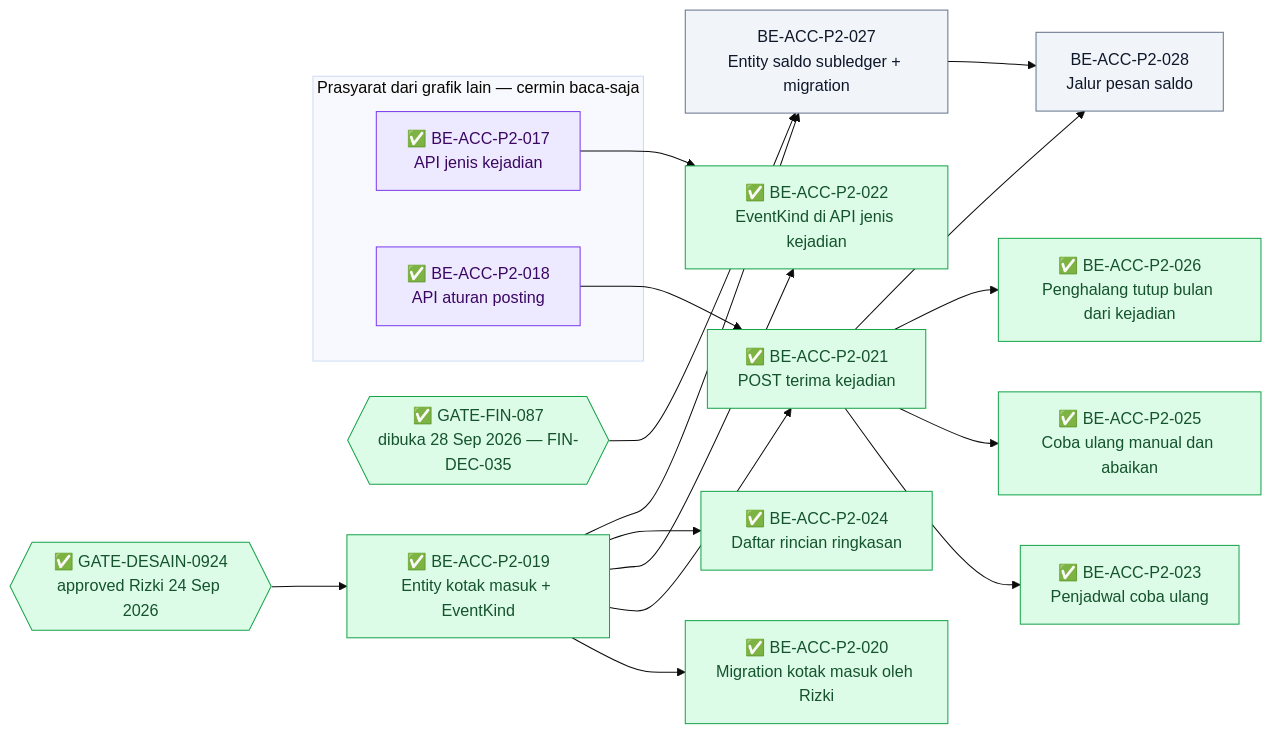
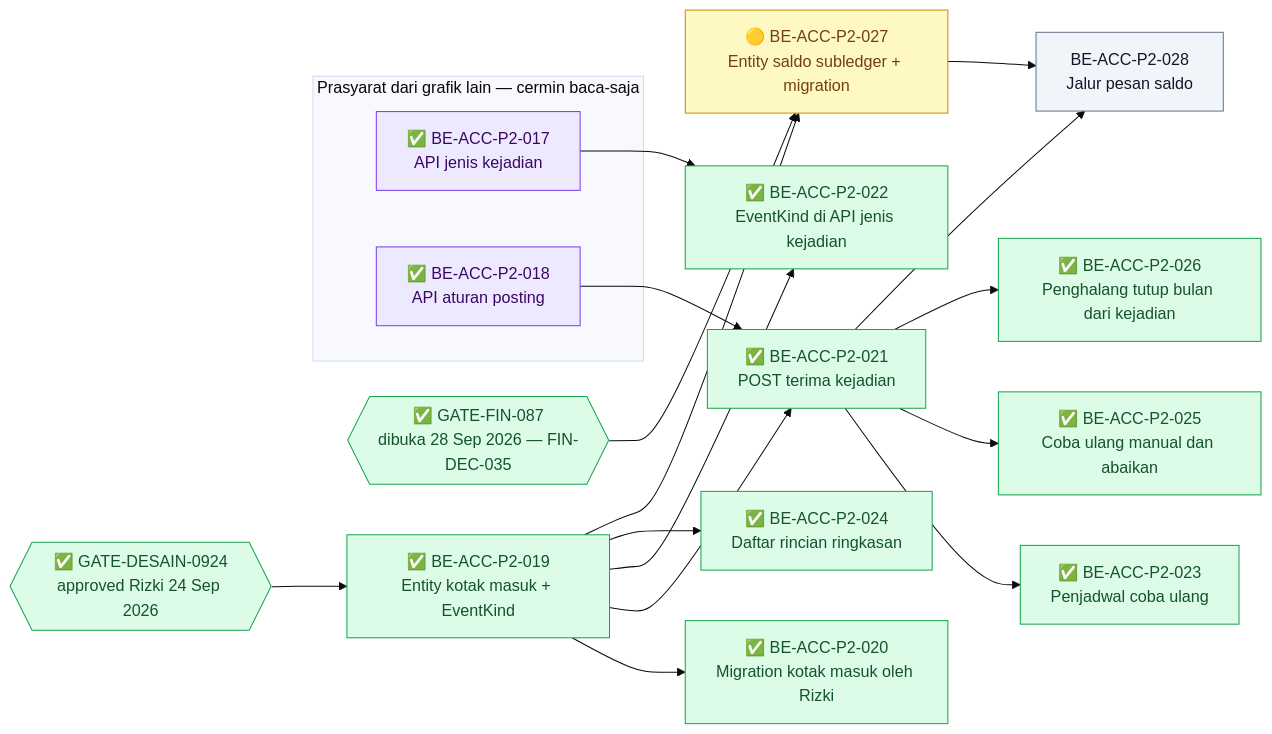
The fourth of 4 diagrams in docs/module-blueprints/accounting/roadmap/backend-roadmap-phase2.md (DevBenari/NewQuilvianSystemBackend), drawn with Mermaid (base theme) before and after one commit. The commit also changed other lines of this file and 7 other files, not shown here.

Commit message:
update membuat table baru accSubledgerBalance

````diff
--- a/docs/module-blueprints/accounting/roadmap/backend-roadmap-phase2.md
+++ b/docs/module-blueprints/accounting/roadmap/backend-roadmap-phase2.md
@@ -696,42 +696,42 @@
 ```mermaid
 flowchart LR
     classDef selesai fill:#DCFCE7,stroke:#16A34A,color:#14532D
     classDef sebagian fill:#FEF9C3,stroke:#CA8A04,color:#713F12
     classDef terblokir fill:#FEE2E2,stroke:#DC2626,color:#7F1D1D
     classDef belum fill:#F1F5F9,stroke:#64748B,color:#0F172A
     classDef luar fill:#EDE9FE,stroke:#7C3AED,color:#3B0764
 
     subgraph cermin["Prasyarat dari grafik lain — cermin baca-saja"]
         MBEACCP2017["✅ BE-ACC-P2-017<br/>API jenis kejadian"]:::luar
         MBEACCP2018["✅ BE-ACC-P2-018<br/>API aturan posting"]:::luar
     end
 
     GDES{{"✅ GATE-DESAIN-0924<br/>approved Rizki 24 Sep 2026"}}:::selesai
     GFIN{{"✅ GATE-FIN-087<br/>dibuka 28 Sep 2026 — FIN-DEC-035"}}:::selesai
 
     BEACCP2019["✅ BE-ACC-P2-019<br/>Entity kotak masuk + EventKind"]:::selesai
     BEACCP2020["✅ BE-ACC-P2-020<br/>Migration kotak masuk oleh Rizki"]:::selesai
     BEACCP2021["✅ BE-ACC-P2-021<br/>POST terima kejadian"]:::selesai
     BEACCP2022["✅ BE-ACC-P2-022<br/>EventKind di API jenis kejadian"]:::selesai
     BEACCP2023["✅ BE-ACC-P2-023<br/>Penjadwal coba ulang"]:::selesai
     BEACCP2024["✅ BE-ACC-P2-024<br/>Daftar rincian ringkasan"]:::selesai
     BEACCP2025["✅ BE-ACC-P2-025<br/>Coba ulang manual dan abaikan"]:::selesai
     BEACCP2026["✅ BE-ACC-P2-026<br/>Penghalang tutup bulan dari kejadian"]:::selesai
-    BEACCP2027["BE-ACC-P2-027<br/>Entity saldo subledger + migration"]:::belum
+    BEACCP2027["🟡 BE-ACC-P2-027<br/>Entity saldo subledger + migration"]:::sebagian
     BEACCP2028["BE-ACC-P2-028<br/>Jalur pesan saldo"]:::belum
 
     GDES --> BEACCP2019
     BEACCP2019 --> BEACCP2020
     BEACCP2019 --> BEACCP2021
     MBEACCP2018 --> BEACCP2021
     BEACCP2019 --> BEACCP2022
     MBEACCP2017 --> BEACCP2022
     BEACCP2021 --> BEACCP2023
     BEACCP2019 --> BEACCP2024
     BEACCP2021 --> BEACCP2025
     BEACCP2021 --> BEACCP2026
     GFIN --> BEACCP2027
     BEACCP2019 --> BEACCP2027
     BEACCP2021 --> BEACCP2028
     BEACCP2027 --> BEACCP2028
 ```
````
